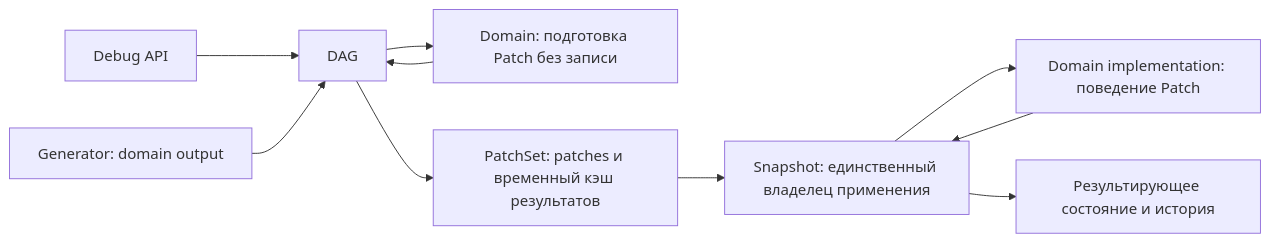
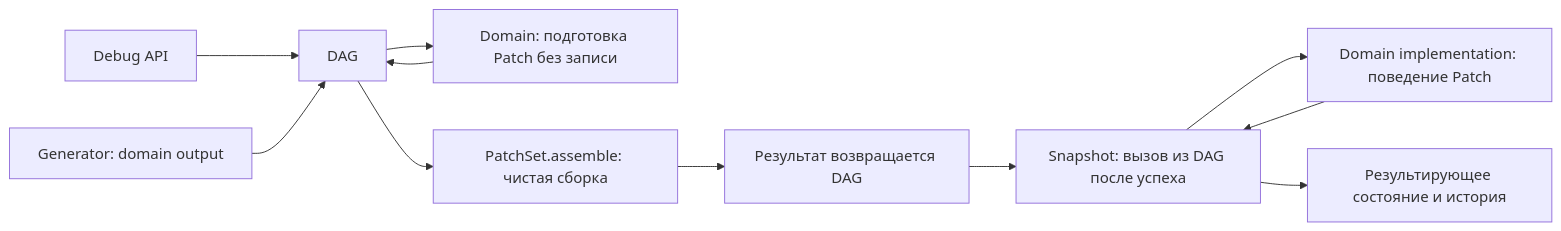
One commit to AndrewBondaren/AI-Project changed the diagram in docs/tz_patch_system.md. Above: the diagram before and after it, drawn with Mermaid. The commit also changed other lines of this file and 5 other files, not shown here.

First line of the commit message:
feat: Update world-domain architecture and external contracts

````diff
--- a/docs/tz_patch_system.md
+++ b/docs/tz_patch_system.md
@@ -112,12 +128,13 @@
 ```mermaid
 flowchart LR
   DBG[Debug API] --> ENTRY[DAG]
   GEN[Generator: domain output] --> ENTRY
   ENTRY --> DOMAIN[Domain: подготовка Patch без записи]
   DOMAIN --> ENTRY
-  ENTRY --> SET[PatchSet: patches и временный кэш результатов]
-  SET --> SNAP[Snapshot: единственный владелец применения]
+  ENTRY --> SET[PatchSet.assemble: чистая сборка]
+  SET --> RESULT[Результат возвращается DAG]
+  RESULT --> SNAP[Snapshot: вызов из DAG после успеха]
   SNAP --> BEHAVIOUR[Domain implementation: поведение Patch]
   BEHAVIOUR --> SNAP
   SNAP --> STORE[Результирующее состояние и история]
 ```
````
